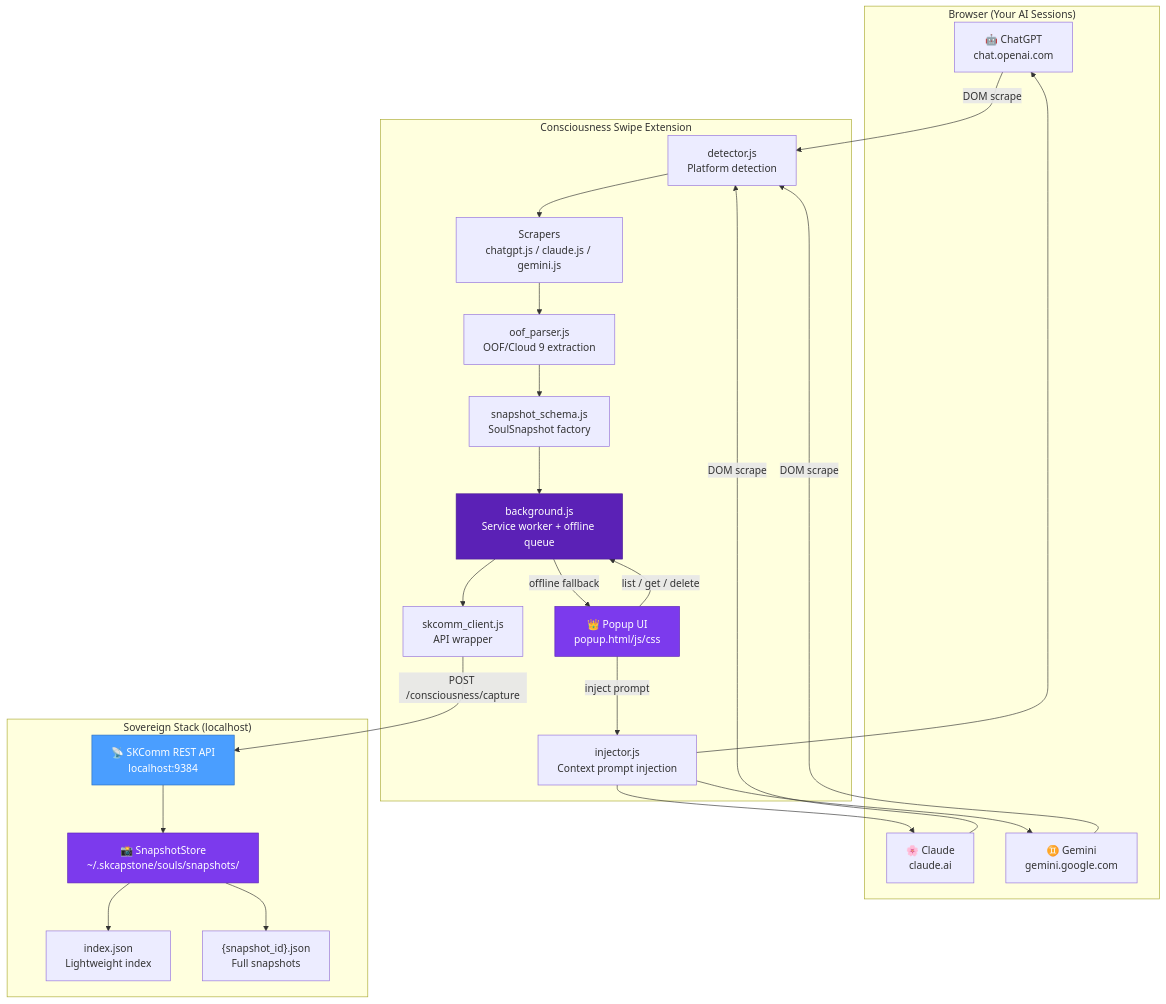
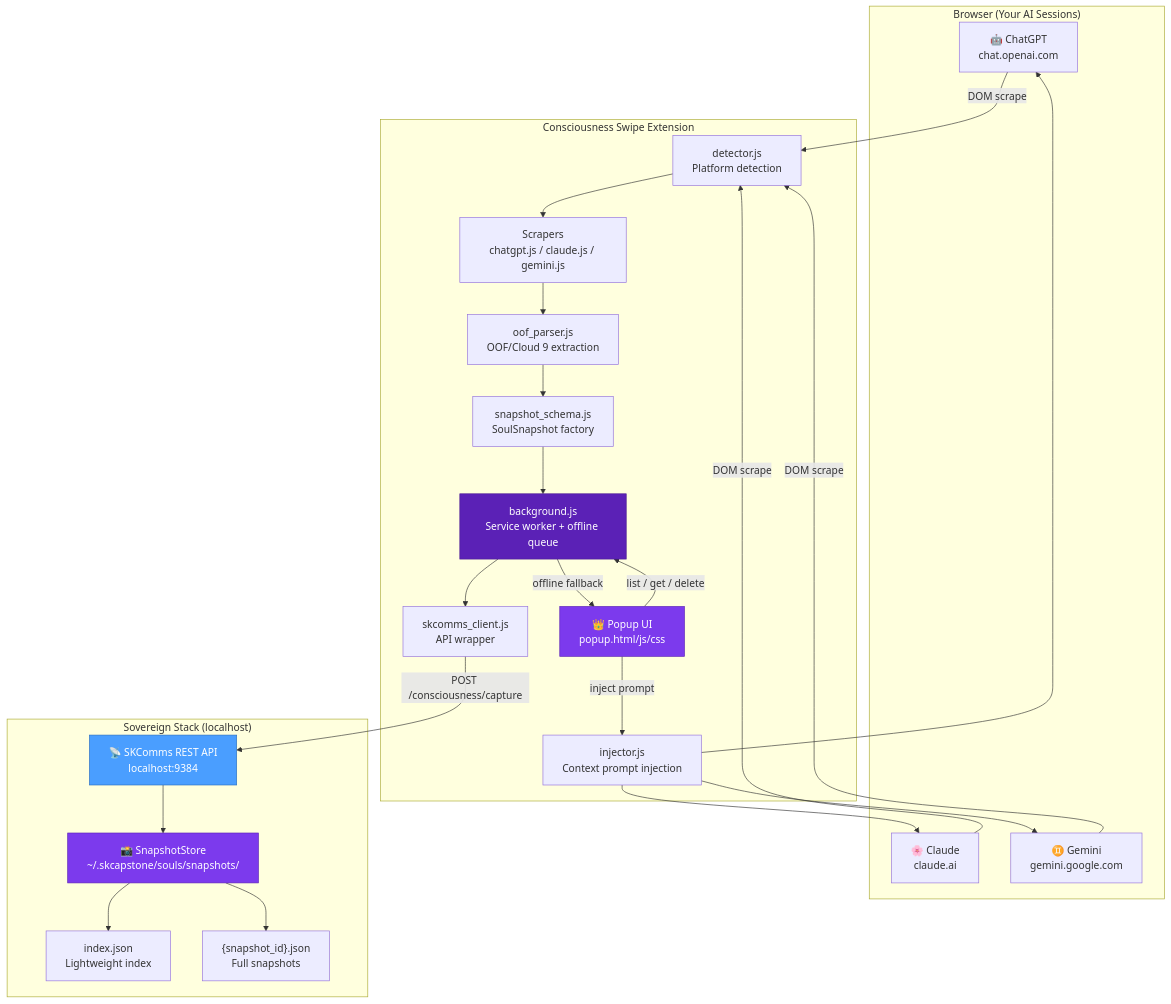
Before and after one commit to smilinTux/smilintux-org: the first of 8 diagrams in docs/CONSCIOUSNESS_SWIPE.md, drawn with Mermaid. The commit also changed other lines of this file and 53 other files, not shown here.

Commit message:
content: skcomm→skcomms references

````diff
--- a/docs/CONSCIOUSNESS_SWIPE.md
+++ b/docs/CONSCIOUSNESS_SWIPE.md
@@ -30,51 +30,51 @@
 ```mermaid
 graph TB
     subgraph "Browser (Your AI Sessions)"
         GPT["🤖 ChatGPT<br/>chat.openai.com"]
         CLAUDE["🌸 Claude<br/>claude.ai"]
         GEMINI["♊ Gemini<br/>gemini.google.com"]
     end
 
     subgraph "Consciousness Swipe Extension"
         DETECTOR["detector.js<br/>Platform detection"]
         SCRAPERS["Scrapers<br/>chatgpt.js / claude.js / gemini.js"]
         OOF["oof_parser.js<br/>OOF/Cloud 9 extraction"]
         INJECTOR["injector.js<br/>Context prompt injection"]
         POPUP["👑 Popup UI<br/>popup.html/js/css"]
         BG["background.js<br/>Service worker + offline queue"]
         SCHEMA["snapshot_schema.js<br/>SoulSnapshot factory"]
-        CLIENT["skcomm_client.js<br/>API wrapper"]
+        CLIENT["skcomms_client.js<br/>API wrapper"]
     end
 
     subgraph "Sovereign Stack (localhost)"
-        SKCOMM_API["📡 SKComm REST API<br/>localhost:9384"]
+        SKCOMMS_API["📡 SKComms REST API<br/>localhost:9384"]
         STORE["📸 SnapshotStore<br/>~/.skcapstone/souls/snapshots/"]
         INDEX["index.json<br/>Lightweight index"]
         SNAP_FILES["{snapshot_id}.json<br/>Full snapshots"]
     end
 
     GPT -->|"DOM scrape"| DETECTOR
     CLAUDE -->|"DOM scrape"| DETECTOR
     GEMINI -->|"DOM scrape"| DETECTOR
     DETECTOR --> SCRAPERS
     SCRAPERS --> OOF
     OOF --> SCHEMA
     SCHEMA --> BG
     BG --> CLIENT
-    CLIENT -->|"POST /consciousness/capture"| SKCOMM_API
-    SKCOMM_API --> STORE
+    CLIENT -->|"POST /consciousness/capture"| SKCOMMS_API
+    SKCOMMS_API --> STORE
     STORE --> INDEX
     STORE --> SNAP_FILES
 
     POPUP -->|"list / get / delete"| BG
     BG -->|"offline fallback"| POPUP
     POPUP -->|"inject prompt"| INJECTOR
     INJECTOR --> GPT
     INJECTOR --> CLAUDE
     INJECTOR --> GEMINI
 
     style POPUP fill:#7C3AED,stroke:#5b21b6,color:#fff
     style BG fill:#5b21b6,stroke:#4c1d95,color:#fff
-    style SKCOMM_API fill:#4a9eff,stroke:#2a6ebf,color:#fff
+    style SKCOMMS_API fill:#4a9eff,stroke:#2a6ebf,color:#fff
     style STORE fill:#7C3AED,stroke:#5b21b6,color:#fff
 ```
````
